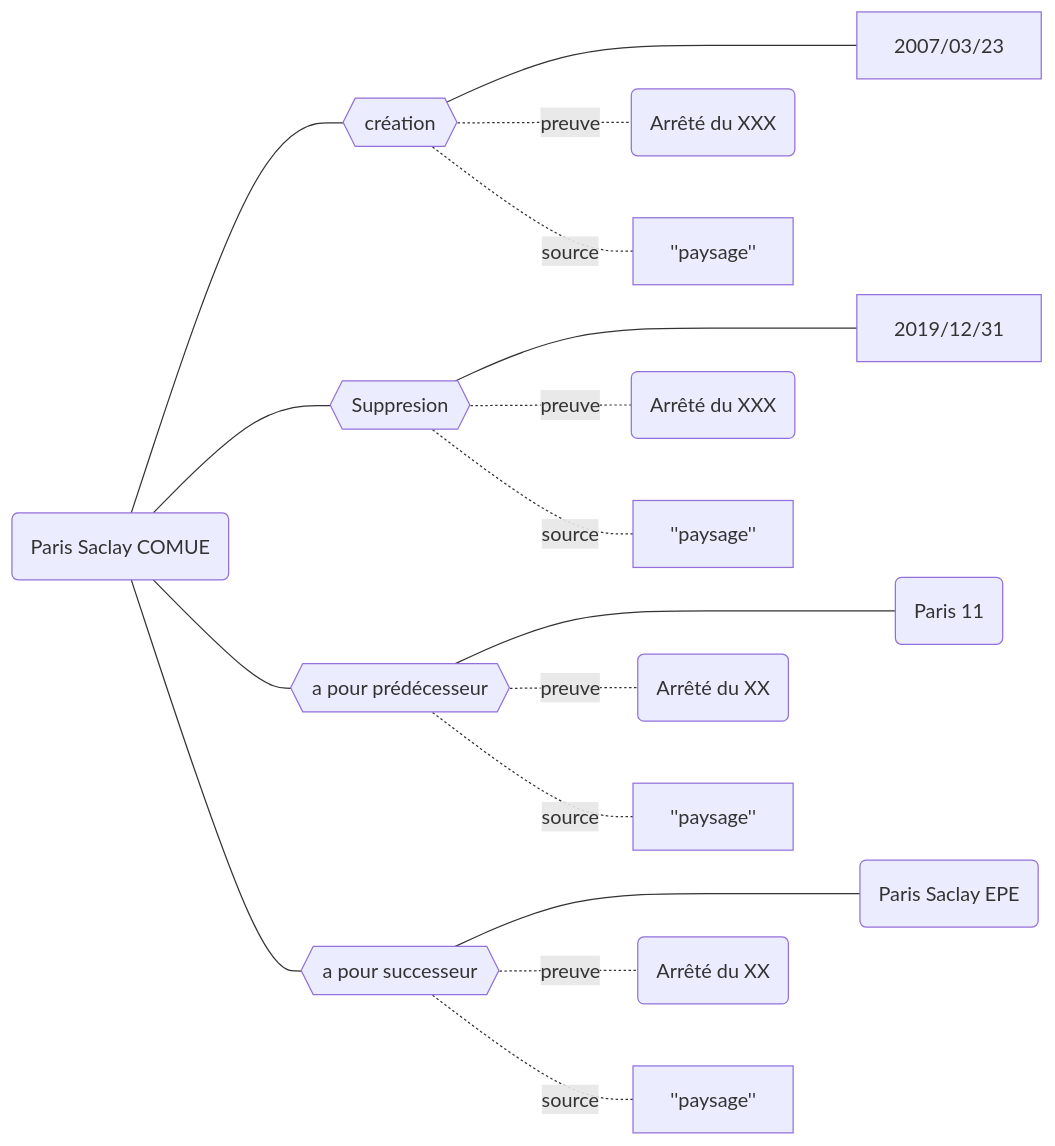
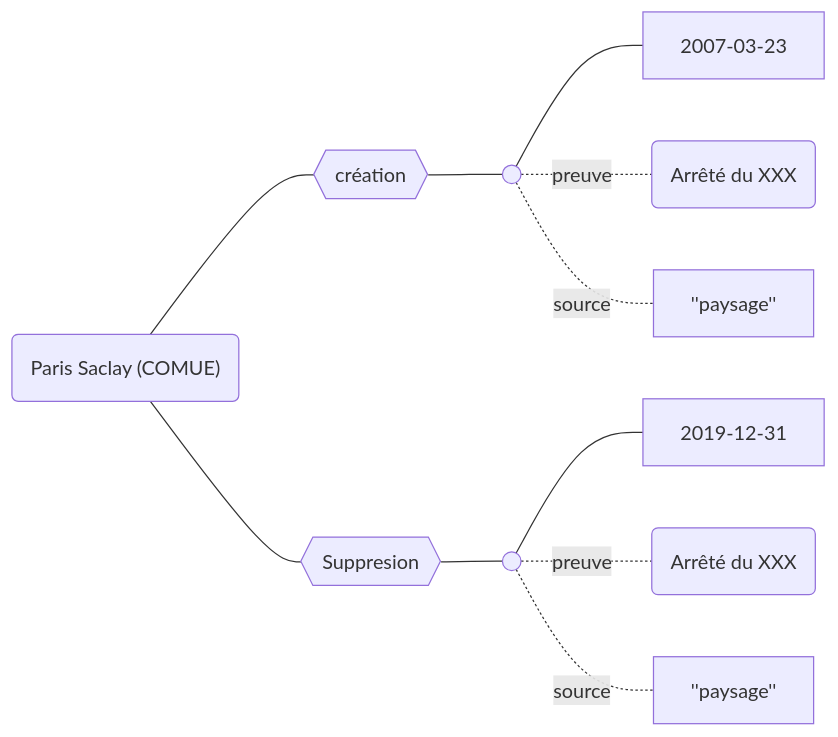
The diagram in docs/Modélisation Movies/Existence des établissements.md (abes-esr/movies-doc), drawn with Mermaid before and after one commit. The commit also changed other lines of this file and 9 other files, not shown here.

````diff
--- a/docs/Modélisation Movies/Existence des établissements.md
+++ b/docs/Modélisation Movies/Existence des établissements.md
@@ -17,21 +13,11 @@
 ```mermaid
 graph LR
-    PS(Paris Saclay COMUE)
-    PS --- CREA{{création}} ----  2007/03/23
-    CREA -.- |preuve| PreuveCrea(Arrêté du XXX)
-    CREA -.- |source| SourceCrea[''paysage'']
+    PS("Paris Saclay (COMUE)")
+    PS --- CREA{{création}} --- C(( )) ---  2007-03-23
+    C -.- |preuve| PreuveCrea(Arrêté du XXX)
+    C -.- |source| SourceCrea[''paysage'']
     
-    PS--- SUPPR{{Suppresion}} ---- 2019/12/31
-    SUPPR -.- |preuve| PreuveSuppr(Arrêté du XXX)
-    SUPPR -.- |source| SourceSuppr[''paysage'']
-
-
-    PS_EPE(Paris Saclay EPE)
-    P_11(Paris 11)
-    PS --- PRED{{a pour prédécesseur}} ---- P_11
-    PRED -.- |preuve| PreuvePred(Arrêté du XX)
-    PRED -.- |source| SourcePred[''paysage'']
-    PS --- SUCC{{a pour successeur}} ---- PS_EPE
-    SUCC -.- |preuve| PreuveSucc(Arrêté du XX)
-    SUCC -.- |source| SourceSucc[''paysage'']
+    PS--- SUPPR{{Suppresion}} --- S(( )) --- 2019-12-31
+    S(( )) -.- |preuve| PreuveSuppr(Arrêté du XXX)
+    S(( )) -.- |source| SourceSuppr[''paysage'']
 ```
````
